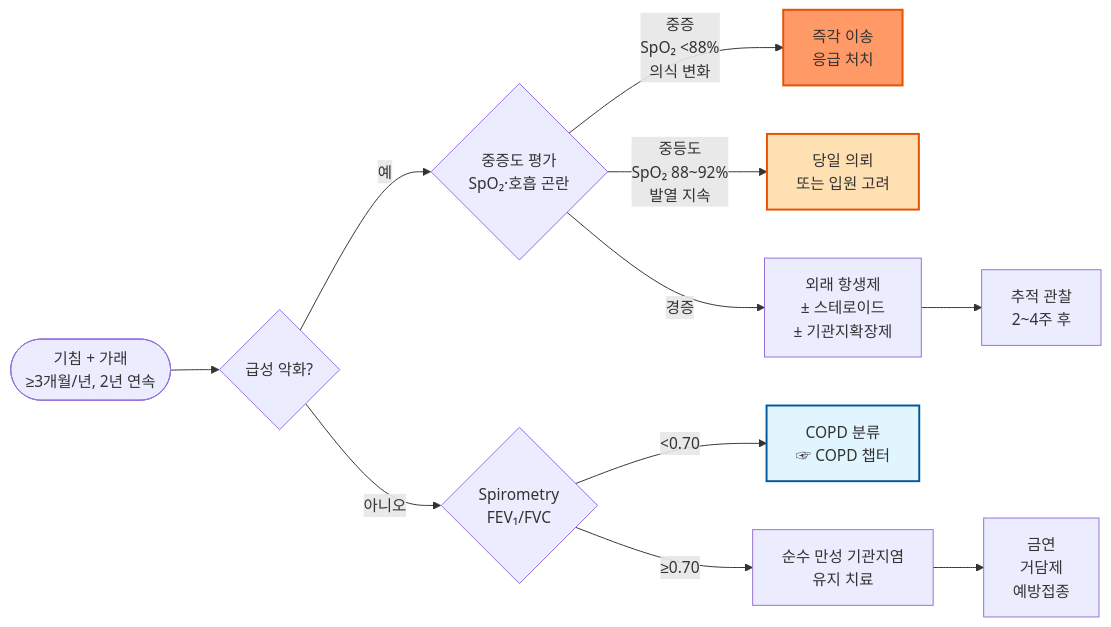
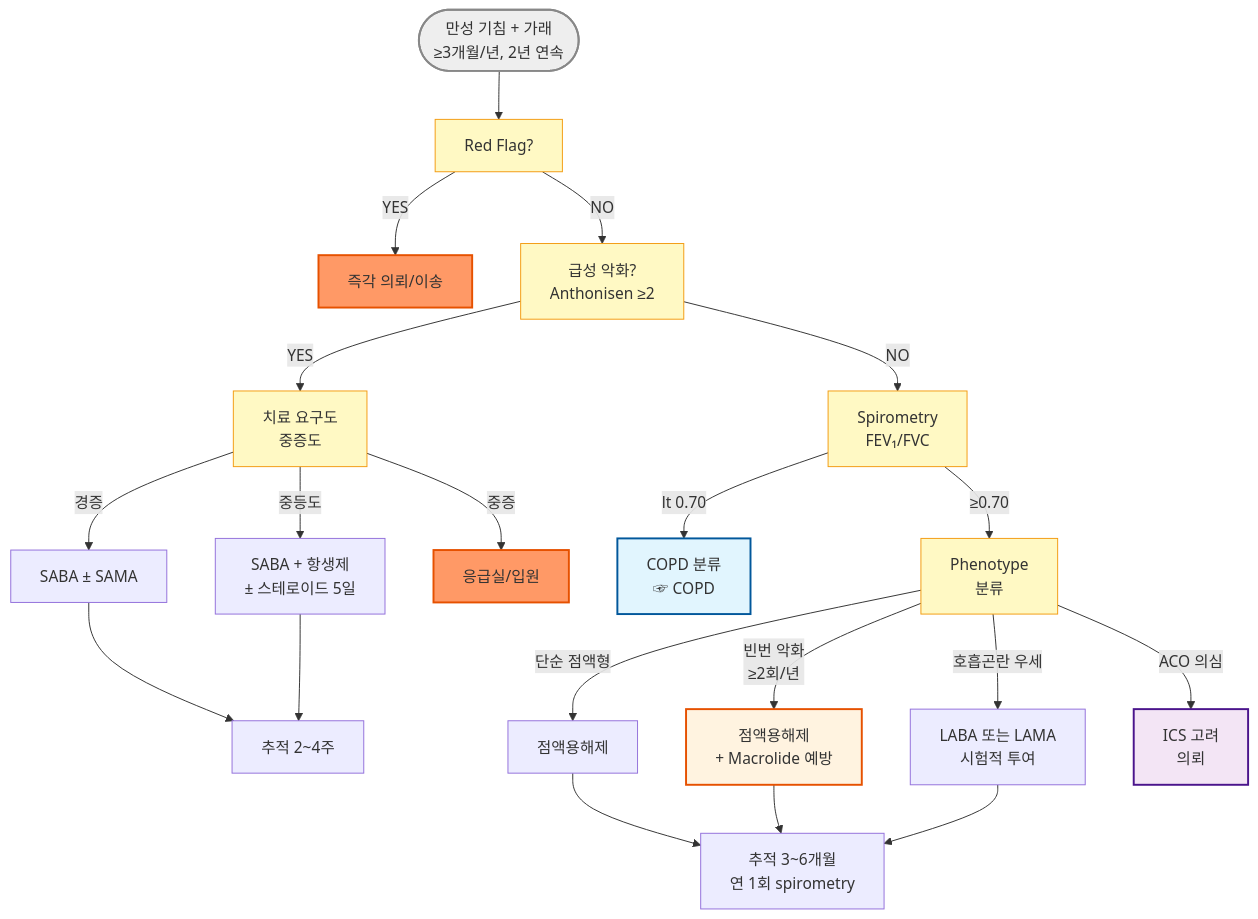
Before and after one commit to familyoh77/familyoh77: the diagram in 223_/067_-chronic-bronchitis.md, drawn with Mermaid. The commit also changed other lines of this file, not shown here.

````diff
--- a/223_/067_-chronic-bronchitis.md
+++ b/223_/067_-chronic-bronchitis.md
@@ -66,16 +95,30 @@
 ```mermaid
-graph LR
-    A([기침 + 가래\n≥3개월/년, 2년 연속]) --> B{급성 악화?}
-    B -- 예 --> C{중증도 평가\nSpO₂·호흡 곤란}
-    C -- 중증\nSpO₂ <88%\n의식 변화 --> D[즉각 이송\n응급 처치]
-    C -- 중등도\nSpO₂ 88~92%\n발열 지속 --> E[당일 의뢰\n또는 입원 고려]
-    C -- 경증 --> F[외래 항생제\n± 스테로이드\n± 기관지확장제]
-    B -- 아니오 --> G{Spirometry\nFEV₁/FVC}
-    G -- <0.70 --> H[COPD 분류\n☞ COPD 챕터]
-    G -- ≥0.70 --> I[순수 만성 기관지염\n유지 치료]
-    I --> J[금연\n거담제\n예방접종]
-    F --> K[추적 관찰\n2~4주 후]
-    style D fill:#f96,stroke:#e65100,stroke-width:2px
-    style E fill:#ffe0b2,stroke:#e65100,stroke-width:2px
-    style H fill:#e1f5fe,stroke:#01579b,stroke-width:2px
+graph TD
+    A([만성 기침 + 가래<br/>≥3개월/년, 2년 연속]) --> B[Red Flag?]
+    B -- YES --> C[즉각 의뢰/이송]
+    B -- NO --> D[급성 악화?<br/>Anthonisen ≥2]
+    D -- YES --> E[치료 요구도<br/>중증도]
+    E -- 경증 --> F[SABA ± SAMA]
+    E -- 중등도 --> G[SABA + 항생제<br/>± 스테로이드 5일]
+    E -- 중증 --> H[응급실/입원]
+    D -- NO --> I[Spirometry<br/>FEV₁/FVC]
+    I -- lt 0.70 --> J[COPD 분류<br/>☞ COPD]
+    I -- ≥0.70 --> K[Phenotype<br/>분류]
+    K -- 단순 점액형 --> L[점액용해제]
+    K -- 빈번 악화<br/>≥2회/년 --> M[점액용해제<br/>+ Macrolide 예방]
+    K -- 호흡곤란 우세 --> N[LABA 또는 LAMA<br/>시험적 투여]
+    K -- ACO 의심 --> O[ICS 고려<br/>의뢰]
+    F --> P[추적 2~4주]
+    G --> P
+    L --> Q[추적 3~6개월<br/>연 1회 spirometry]
+    M --> Q
+    N --> Q
+style A fill:#eeeeee,stroke:#888888,stroke-width:2px
+classDef yellow fill:#fff9c4,stroke:#f39c12
+class B,D,E,I,K yellow
+    style C fill:#f96,stroke:#e65100,stroke-width:2px
+    style H fill:#f96,stroke:#e65100,stroke-width:2px
+    style J fill:#e1f5fe,stroke:#01579b,stroke-width:2px
+    style M fill:#fff3e0,stroke:#e65100,stroke-width:2px
+    style O fill:#f3e5f5,stroke:#4a148c,stroke-width:2px
 ```
````
